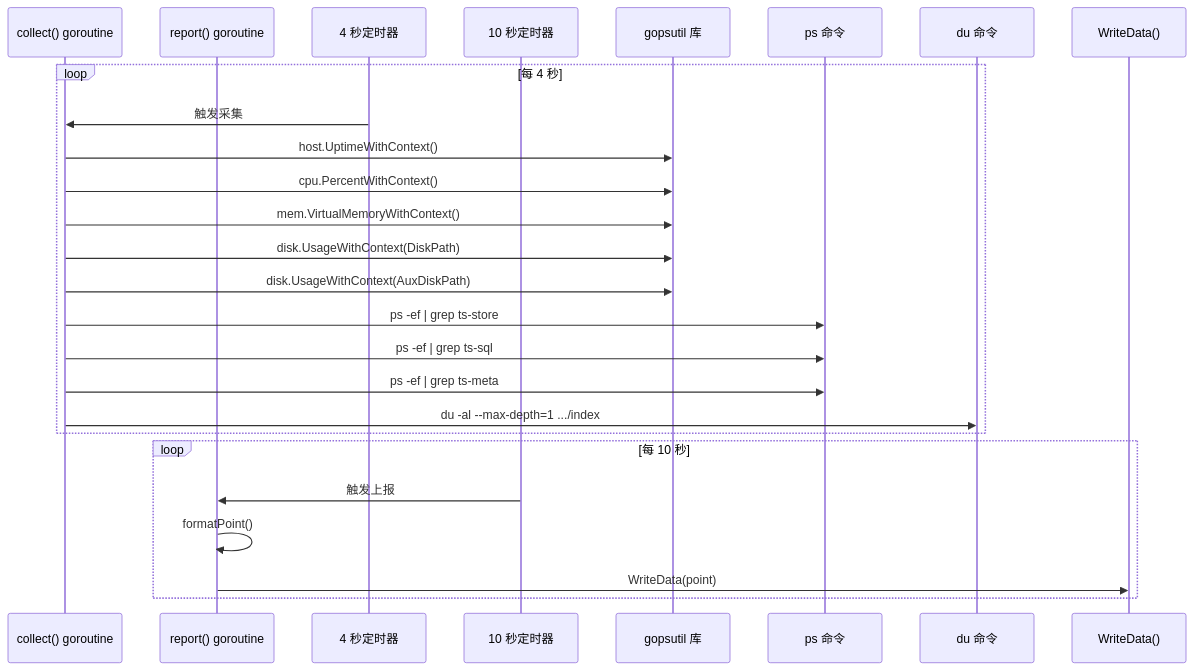
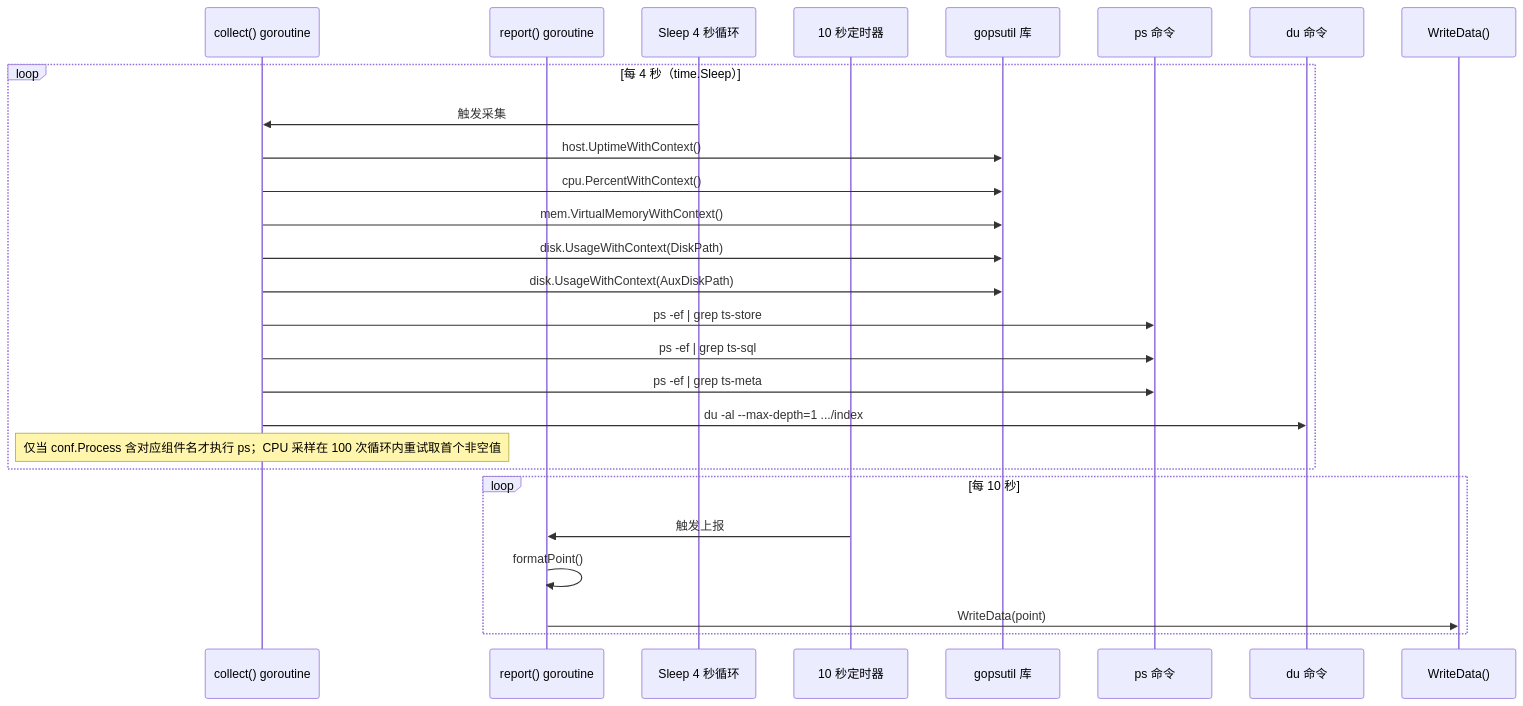
One commit to stefanv5/openGemini changed the fifth of 7 diagrams in docs/specs/34_monitoring_spec.md. Above: the diagram before and after it, drawn with Mermaid. The commit also changed other lines of this file and 37 other files, not shown here.

````diff
--- a/docs/specs/34_monitoring_spec.md
+++ b/docs/specs/34_monitoring_spec.md
@@ -430,30 +462,31 @@
 ```mermaid
 sequenceDiagram
     participant Collect as collect() goroutine
     participant Report as report() goroutine
-    participant Ticker1 as 4 秒定时器
+    participant Ticker1 as Sleep 4 秒循环
     participant Ticker2 as 10 秒定时器
     participant Gopsutil as gopsutil 库
     participant PS as ps 命令
     participant DU as du 命令
     participant Writer as WriteData()
 
-    loop 每 4 秒
+    loop 每 4 秒（time.Sleep）
         Ticker1->>Collect: 触发采集
         Collect->>Gopsutil: host.UptimeWithContext()
         Collect->>Gopsutil: cpu.PercentWithContext()
         Collect->>Gopsutil: mem.VirtualMemoryWithContext()
         Collect->>Gopsutil: disk.UsageWithContext(DiskPath)
         Collect->>Gopsutil: disk.UsageWithContext(AuxDiskPath)
         Collect->>PS: ps -ef | grep ts-store
         Collect->>PS: ps -ef | grep ts-sql
         Collect->>PS: ps -ef | grep ts-meta
         Collect->>DU: du -al --max-depth=1 .../index
+        Note over Collect: 仅当 conf.Process 含对应组件名才执行 ps；CPU 采样在 100 次循环内重试取首个非空值
     end
 
     loop 每 10 秒
         Ticker2->>Report: 触发上报
         Report->>Report: formatPoint()
         Report->>Writer: WriteData(point)
     end
 ```
````
